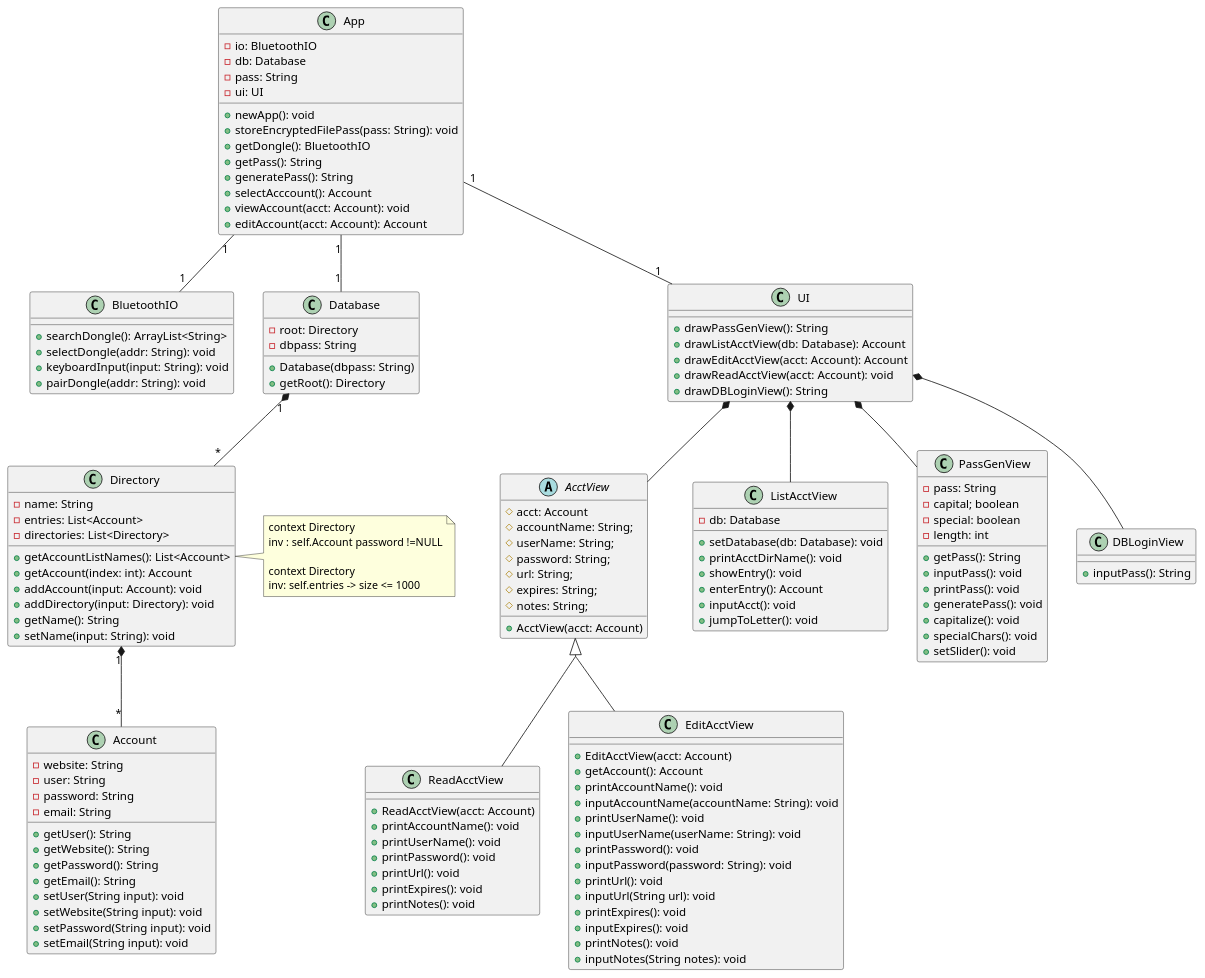
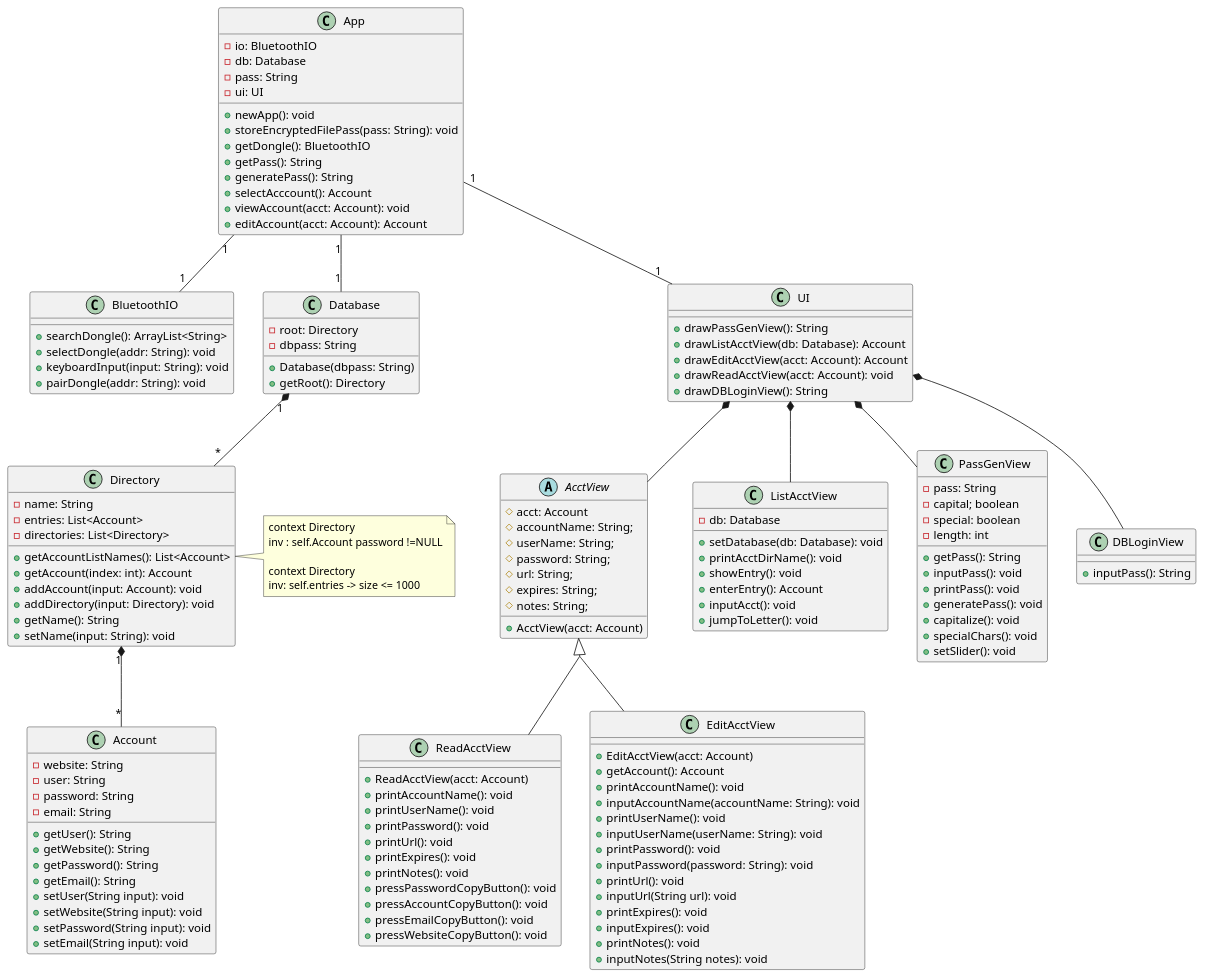
Before and after one commit to gentmantan/cen4010groupproject: the diagram in docs/diag/group/class1.plantuml, drawn with PlantUML. The commit also changed 1 other file, not shown here.

Commit message:
Add to class diagram to reflect changes from commit e714c3f

```diff
--- a/docs/diag/group/class1.plantuml
+++ b/docs/diag/group/class1.plantuml
@@ -1,164 +1,168 @@
 @startuml
 skinparam groupInheritance 2
 
 class App {
   -io: BluetoothIO
   -db: Database
   -pass: String
   -ui: UI
   +newApp(): void
   +storeEncryptedFilePass(pass: String): void
   +getDongle(): BluetoothIO
   +getPass(): String
   +generatePass(): String
   +selectAcccount(): Account
   +viewAccount(acct: Account): void
   +editAccount(acct: Account): Account
 }
 
 class BluetoothIO {
   +searchDongle(): ArrayList<String>
   +selectDongle(addr: String): void
   +keyboardInput(input: String): void
   +pairDongle(addr: String): void
 }
 
 'class EncryptedFile {
 ''  -Database db
 ''  +EncryptedFile(){
 ''  }
 ''}
     class Directory {
       -name: String
       -entries: List<Account>
       -directories: List<Directory>
       +getAccountListNames(): List<Account>
       +getAccount(index: int): Account
       +addAccount(input: Account): void
       +addDirectory(input: Directory): void
       +getName(): String
       +setName(input: String): void
     }
 
     class Database{
       -root: Directory
       -dbpass: String
       +Database(dbpass: String)
       +getRoot(): Directory
     }
 
     class Account {
       -website: String
       -user: String
       -password: String
       -email: String
       +getUser(): String
       +getWebsite(): String
       +getPassword(): String
       +getEmail(): String
       +setUser(String input): void
       +setWebsite(String input): void
       +setPassword(String input): void
       +setEmail(String input): void
     }
 
     class UI{
       +drawPassGenView(): String
       +drawListAcctView(db: Database): Account
       +drawEditAcctView(acct: Account): Account
       +drawReadAcctView(acct: Account): void
       +drawDBLoginView(): String
     }
 
     abstract AcctView{
       #acct: Account
       #accountName: String;
       #userName: String;
       #password: String;
       #url: String;
       #expires: String;
       #notes: String;
       +AcctView(acct: Account)
     }
 
     class ListAcctView{
       -db: Database
       +setDatabase(db: Database): void
       +printAcctDirName(): void
       +showEntry(): void
       +enterEntry(): Account
       +inputAcct(): void
       +jumpToLetter(): void
     }
 
     class PassGenView{
       -pass: String
       -capital; boolean
       -special: boolean
       -length: int
       +getPass(): String
       +inputPass(): void
       +printPass(): void
       +generatePass(): void
       +capitalize(): void
       +specialChars(): void
       +setSlider(): void
     }
 
     class DBLoginView{
       +inputPass(): String
     }
 
     class ReadAcctView{
       +ReadAcctView(acct: Account)
       +printAccountName(): void
       +printUserName(): void
       +printPassword(): void
       +printUrl(): void
       +printExpires(): void
       +printNotes(): void
+      +pressPasswordCopyButton(): void
+      +pressAccountCopyButton(): void
+      +pressEmailCopyButton(): void
+      +pressWebsiteCopyButton(): void
     }
 
     class EditAcctView{
       +EditAcctView(acct: Account)
       +getAccount(): Account
       +printAccountName(): void
       +inputAccountName(accountName: String): void
       +printUserName(): void
       +inputUserName(userName: String): void
       +printPassword(): void
       +inputPassword(password: String): void
       +printUrl(): void
       +inputUrl(String url): void
       +printExpires(): void
       +inputExpires(): void
       +printNotes(): void
       +inputNotes(String notes): void
     }
 
 App "1" -- "1" BluetoothIO
 
 'App "1" -- "1" EncryptedFile
 'EncryptedFile "1" *-- "1" Database
 App "1" -- "1" Database
 Database "1" *-- "*" Directory
 Directory "1" *-- "*" Account
 
 App "1" -- "1" UI
 UI *--  AcctView
 
 note right of Directory
   context Directory
   inv : self.Account password !=NULL
 
   context Directory
   inv: self.entries -> size <= 1000
 end note
 
 
 AcctView <|-- EditAcctView
 AcctView <|-- ReadAcctView
 UI *-- ListAcctView
 UI *-- PassGenView
 UI *-- DBLoginView
 @enduml
```
